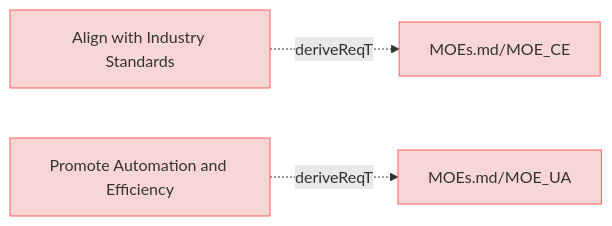
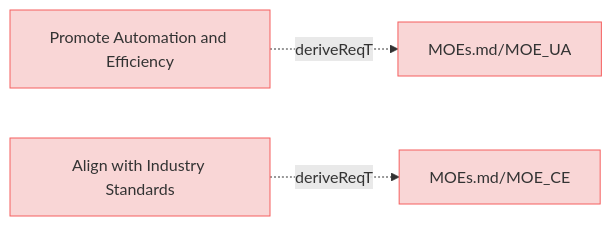
The diagram in specifications/MissionRequirements.md (reqvire-org/reqvire), drawn with Mermaid before and after one commit. The commit also changed 72 other files, not shown here.

Commit message:
Major rework of the logic in reqvire. It uses git repository root as root folder and everything else is relative to it. External folders and specifications folder concept has been deprecated.

````diff
--- a/specifications/MissionRequirements.md
+++ b/specifications/MissionRequirements.md
@@ -5,23 +5,23 @@
 ```mermaid
 graph LR;
   %% Graph styling
   classDef requirement fill:#f9d6d6,stroke:#f55f5f,stroke-width:1px;
   classDef verification fill:#d6f9d6,stroke:#5fd75f,stroke-width:1px;
   classDef externalLink fill:#d0e0ff,stroke:#3080ff,stroke-width:1px;
   classDef default fill:#f5f5f5,stroke:#333333,stroke-width:1px;
 
+  c6a350266297241c["Promote Automation and Efficiency"];
+  click c6a350266297241c "MissionRequirements.md#promote-automation-and-efficiency";
+  class c6a350266297241c requirement;
+  6c33f565725d5e41["MOEs.md/MOE_UA"];
+  class 6c33f565725d5e41 requirement;
+  click 6c33f565725d5e41 "MOEs.md#moe_ua";
+  c6a350266297241c -.->|deriveReqT| 6c33f565725d5e41;
   7bb378c4c85436b3["Align with Industry Standards"];
-  click 7bb378c4c85436b3 "https://github.com/Reqvire/reqvire/blob/ad88ba6b828e94c93382866fefd058c011c1ac60/specifications/MissionRequirements.md#align-with-industry-standards";
+  click 7bb378c4c85436b3 "MissionRequirements.md#align-with-industry-standards";
   class 7bb378c4c85436b3 requirement;
   ac59f565725d5e41["MOEs.md/MOE_CE"];
   class ac59f565725d5e41 requirement;
-  click ac59f565725d5e41 "https://github.com/Reqvire/reqvire/blob/ad88ba6b828e94c93382866fefd058c011c1ac60/specifications/MOEs.md#moe_ce";
+  click ac59f565725d5e41 "MOEs.md#moe_ce";
   7bb378c4c85436b3 -.->|deriveReqT| ac59f565725d5e41;
-  c6a350266297241c["Promote Automation and Efficiency"];
-  click c6a350266297241c "https://github.com/Reqvire/reqvire/blob/ad88ba6b828e94c93382866fefd058c011c1ac60/specifications/MissionRequirements.md#promote-automation-and-efficiency";
-  class c6a350266297241c requirement;
-  6c33f565725d5e41["MOEs.md/MOE_UA"];
-  class 6c33f565725d5e41 requirement;
-  click 6c33f565725d5e41 "https://github.com/Reqvire/reqvire/blob/ad88ba6b828e94c93382866fefd058c011c1ac60/specifications/MOEs.md#moe_ua";
-  c6a350266297241c -.->|deriveReqT| 6c33f565725d5e41;
 ```
````
